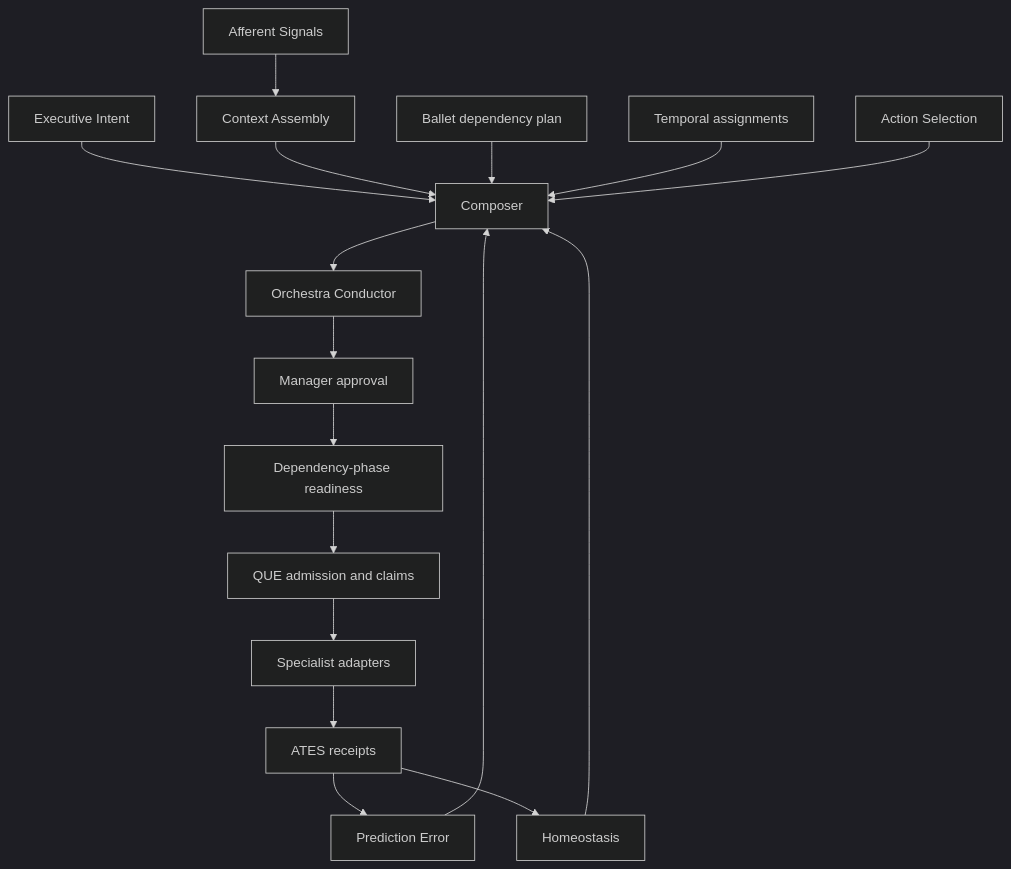
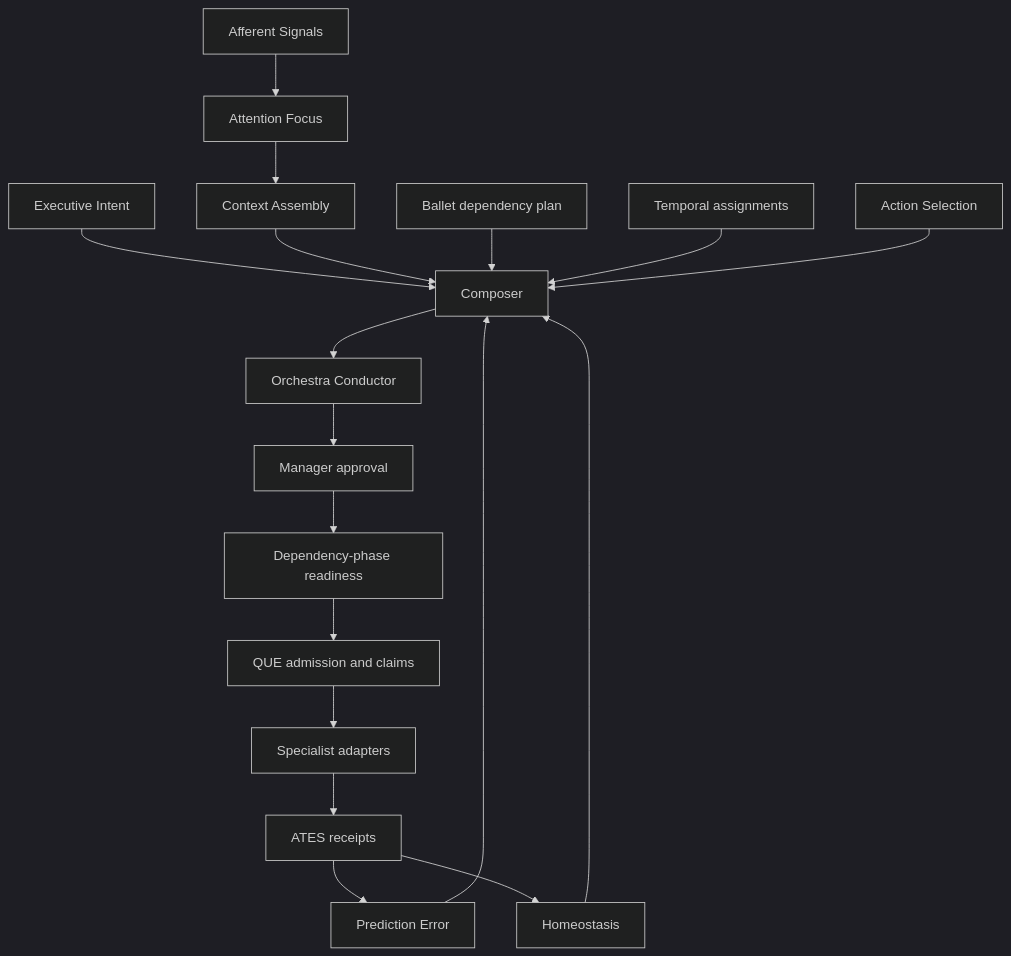
One commit to timerloggedout-spec/termux-monorepo changed the diagram in docs/superpowers/specs/2026-11-27-brain-cns-composer-design.md. Above: the diagram before and after it, drawn with Mermaid (dark theme). The commit also changed other lines of this file and 7 other files, not shown here.

Commit message:
feat(brain): add bounded attention focus to Composer score Implements: RS-006

````diff
--- a/docs/superpowers/specs/2026-11-27-brain-cns-composer-design.md
+++ b/docs/superpowers/specs/2026-11-27-brain-cns-composer-design.md
@@ -85,19 +86,20 @@
 ```mermaid
 flowchart TD
-    A["Afferent Signals"] --> B["Context Assembly"]
+    A["Afferent Signals"] --> AF["Attention Focus"]
+    AF --> B["Context Assembly"]
     G["Executive Intent"] --> C["Composer"]
     B --> C
     P["Ballet dependency plan"] --> C
     T["Temporal assignments"] --> C
     C --> D["Orchestra Conductor"]
     D --> E["Manager approval"]
     E --> F["Dependency-phase readiness"]
     F --> Q["QUE admission and claims"]
     Q --> X["Specialist adapters"]
     X --> R["ATES receipts"]
     R --> V["Prediction Error"]
     R --> H["Homeostasis"]
     V --> C
     H --> C
     S["Action Selection"] --> C
 ```
````
